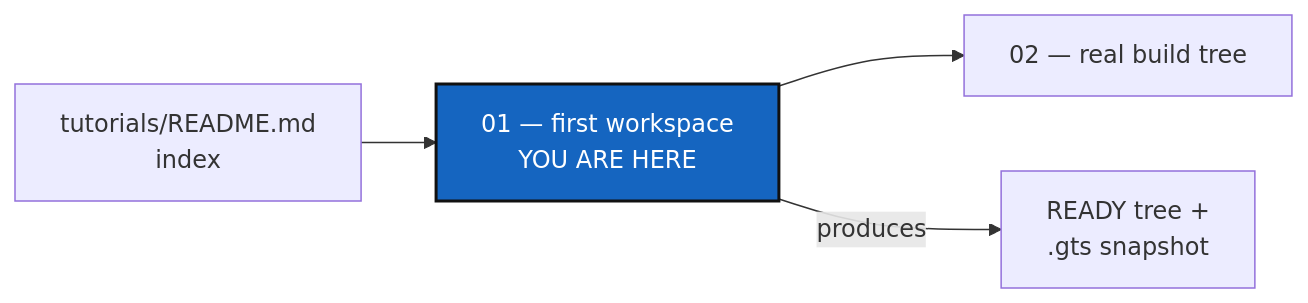
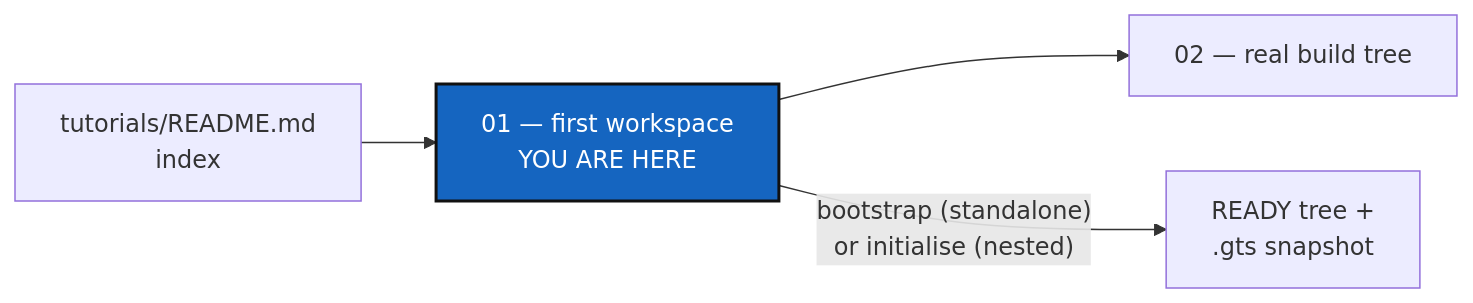
One commit to flipoyo/ComplexGitSync changed the first of 2 diagrams in tutorials/01_first_multi_repo_workspace.md. Above: the diagram before and after it, drawn with Mermaid. The commit also changed other lines of this file and 5 other files, not shown here.

Commit message:
cgitsync4.2.1 The README is now a short front page showing the project lifecycle, and the getting started guide and tutorial 1 present bootstrap as the usual standalone install, with initialise as the nested one.

````diff
--- a/tutorials/01_first_multi_repo_workspace.md
+++ b/tutorials/01_first_multi_repo_workspace.md
@@ -28,9 +34,9 @@
 ```mermaid
 graph LR
     IDX["tutorials/README.md<br/>index"] --> T1["01 — first workspace<br/>YOU ARE HERE"]
     T1 --> T2["02 — real build tree"]
-    T1 -->|produces| READY["READY tree +<br/>.gts snapshot"]
+    T1 -->|"bootstrap (standalone)<br/>or initialise (nested)"| READY["READY tree +<br/>.gts snapshot"]
 
     classDef here fill:#1565C0,color:#fff,stroke:#111,stroke-width:2px;
     class T1 here;
 ```
````
